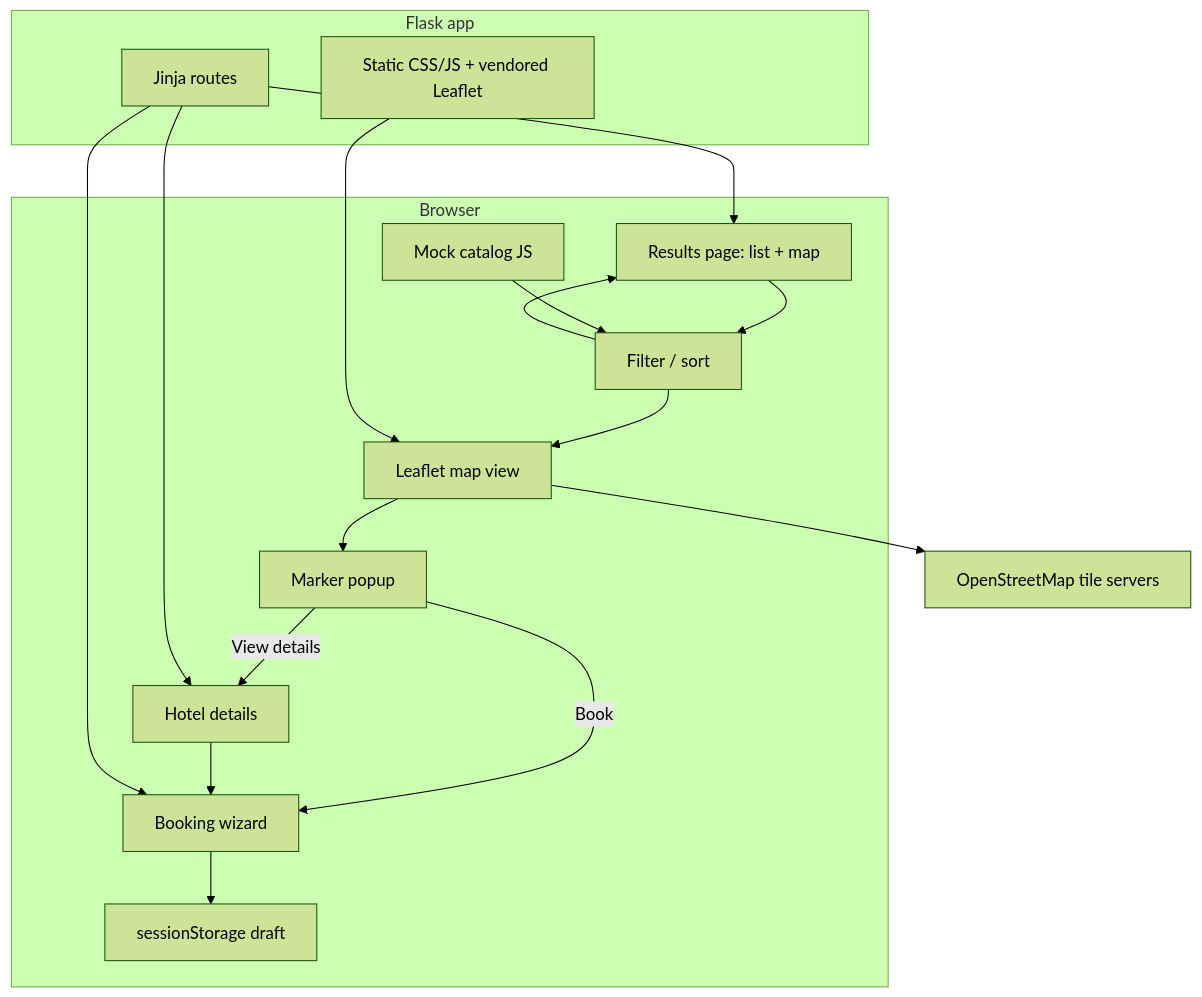
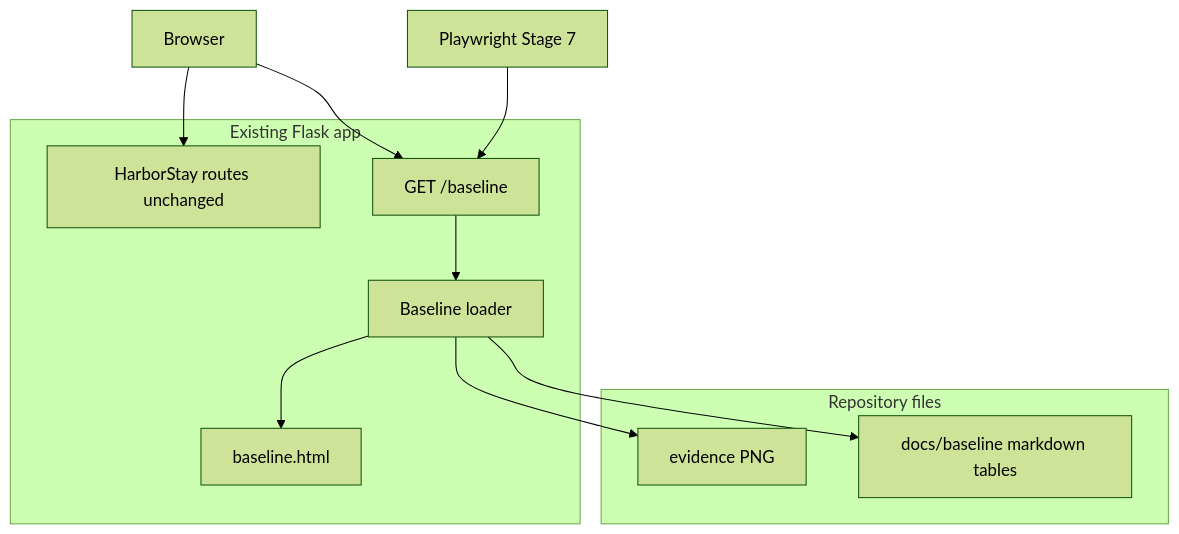
One commit to Vinayqa24/CapstoneSDLCCursor changed the first of 2 diagrams in architecture.md. Above: the diagram before and after it, drawn with Mermaid (forest theme). The commit also changed other lines of this file and 1 other file, not shown here.

First line of the commit message:
Describe the Flask baseline viewer for SCRUM-31.

````diff
--- a/architecture.md
+++ b/architecture.md
@@ -30,32 +30,22 @@
 ```mermaid
 flowchart TB
-  subgraph browser [Browser]
-    ResultsPage[Results page: list + map]
-    FilterSort[Filter / sort]
-    Catalog[Mock catalog JS]
-    MapView[Leaflet map view]
-    Popup[Marker popup]
-    Details[Hotel details]
-    Booking[Booking wizard]
-    Draft[sessionStorage draft]
-    ResultsPage --> FilterSort
-    Catalog --> FilterSort
-    FilterSort --> ResultsPage
-    FilterSort --> MapView
-    MapView --> Popup
-    Popup -->|View details| Details
-    Popup -->|Book| Booking
-    Details --> Booking
-    Booking --> Draft
+  subgraph repo [Repository files]
+    PNG[evidence PNG]
+    MD[docs/baseline markdown tables]
   end
-  subgraph flask [Flask app]
-    Routes[Jinja routes]
-    Static[Static CSS/JS + vendored Leaflet]
-    Routes --> ResultsPage
-    Routes --> Details
-    Routes --> Booking
-    Static --> MapView
+  subgraph flask [Existing Flask app]
+    Routes[HarborStay routes unchanged]
+    BaselineRoute["GET /baseline"]
+    Loader[Baseline loader]
+    Template[baseline.html]
+    BaselineRoute --> Loader
+    Loader --> PNG
+    Loader --> MD
+    Loader --> Template
   end
-  OSM[OpenStreetMap tile servers]
-  MapView --> OSM
+  Browser[Browser]
+  Playwright[Playwright Stage 7]
+  Browser --> BaselineRoute
+  Browser --> Routes
+  Playwright --> BaselineRoute
 ```
````
